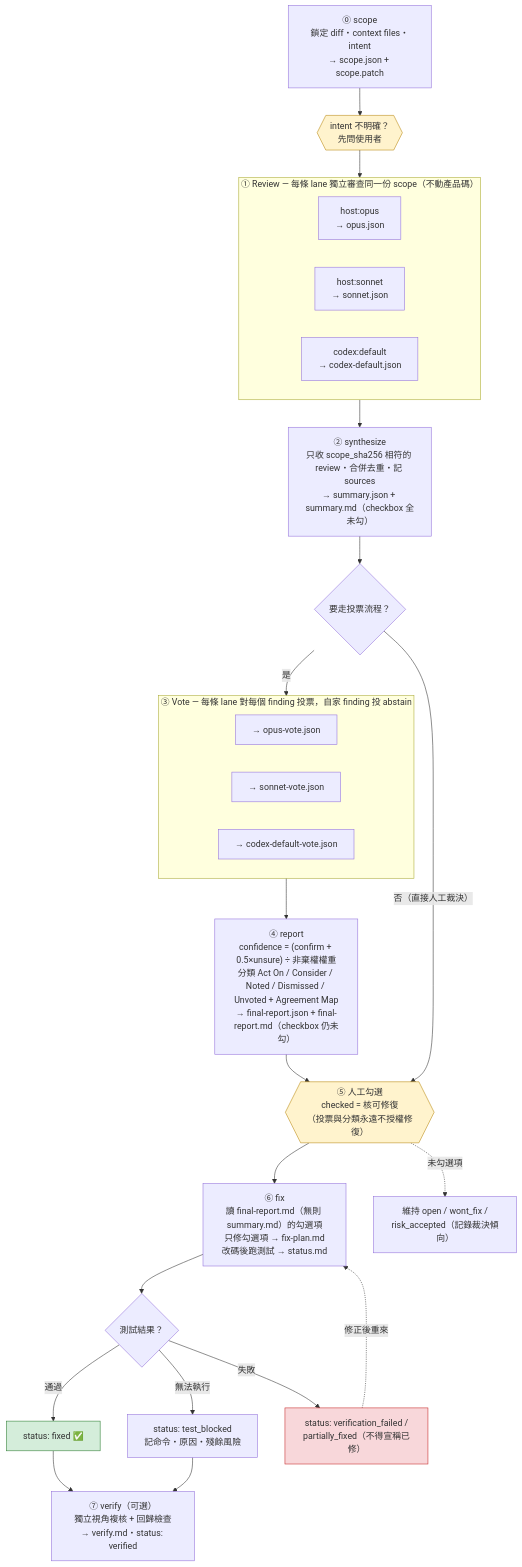
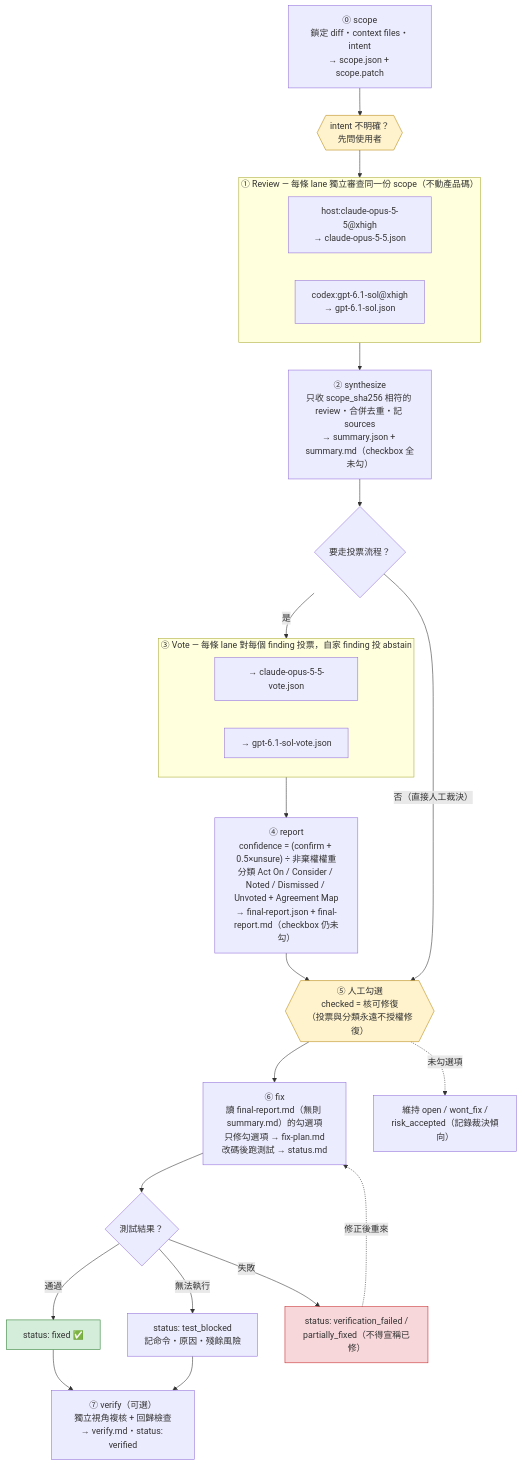
One commit to gn00678465/coding-agent-toolkit changed the diagram in plugins/code-review/README.md. Above: the diagram before and after it, drawn with Mermaid. The commit also changed other lines of this file and 5 other files, not shown here.

````diff
--- a/plugins/code-review/README.md
+++ b/plugins/code-review/README.md
@@ -82,50 +84,48 @@
 ```mermaid
 flowchart TD
     SCOPE["⓪ scope<br/>鎖定 diff・context files・intent<br/>→ scope.json + scope.patch"] --> INTENT{{"intent 不明確？<br/>先問使用者"}}
     INTENT --> collect
 
     subgraph collect["① Review — 每條 lane 獨立審查同一份 scope（不動產品碼）"]
         direction LR
-        R1["host:opus<br/>→ opus.json"]
-        R2["host:sonnet<br/>→ sonnet.json"]
-        R3["codex:default<br/>→ codex-default.json"]
+        R1["host:claude-opus-5-5@xhigh<br/>→ claude-opus-5-5.json"]
+        R3["codex:gpt-6.1-sol@xhigh<br/>→ gpt-6.1-sol.json"]
     end
 
     collect --> SYN["② synthesize<br/>只收 scope_sha256 相符的 review・合併去重・記 sources<br/>→ summary.json + summary.md（checkbox 全未勾）"]
 
     SYN --> VOTE_Q{"要走投票流程？"}
 
     subgraph vote_phase["③ Vote — 每條 lane 對每個 finding 投票，自家 finding 投 abstain"]
         direction LR
-        V1["→ opus-vote.json"]
-        V2["→ sonnet-vote.json"]
-        V3["→ codex-default-vote.json"]
+        V1["→ claude-opus-5-5-vote.json"]
+        V3["→ gpt-6.1-sol-vote.json"]
     end
 
     VOTE_Q -- "是" --> vote_phase
     vote_phase --> RPT["④ report<br/>confidence = (confirm + 0.5×unsure) ÷ 非棄權權重<br/>分類 Act On / Consider / Noted / Dismissed / Unvoted + Agreement Map<br/>→ final-report.json + final-report.md（checkbox 仍未勾）"]
 
     RPT --> HUMAN
     VOTE_Q -- "否（直接人工裁決）" --> HUMAN
 
     HUMAN{{"⑤ 人工勾選<br/>checked = 核可修復<br/>（投票與分類永遠不授權修復）"}}
 
     HUMAN --> FIX["⑥ fix<br/>讀 final-report.md（無則 summary.md）的勾選項<br/>只修勾選項 → fix-plan.md<br/>改碼後跑測試 → status.md"]
 
     FIX --> TEST{"測試結果？"}
     TEST -- "通過" --> FIXED["status: fixed ✅"]
     TEST -- "無法執行" --> BLOCKED["status: test_blocked<br/>記命令・原因・殘餘風險"]
     TEST -- "失敗" --> FAILED["status: verification_failed /<br/>partially_fixed（不得宣稱已修）"]
 
     FAILED -. "修正後重來" .-> FIX
 
     FIXED --> VERIFY["⑦ verify（可選）<br/>獨立視角複核 + 回歸檢查<br/>→ verify.md・status: verified"]
     BLOCKED --> VERIFY
 
     HUMAN -. "未勾選項" .-> OPEN["維持 open / wont_fix /<br/>risk_accepted（記錄裁決傾向）"]
 
     style HUMAN fill:#fff3cd,stroke:#b8860b
     style INTENT fill:#fff3cd,stroke:#b8860b
     style FIXED fill:#d4edda,stroke:#2e7d32
     style FAILED fill:#f8d7da,stroke:#c62828
 ```
````
